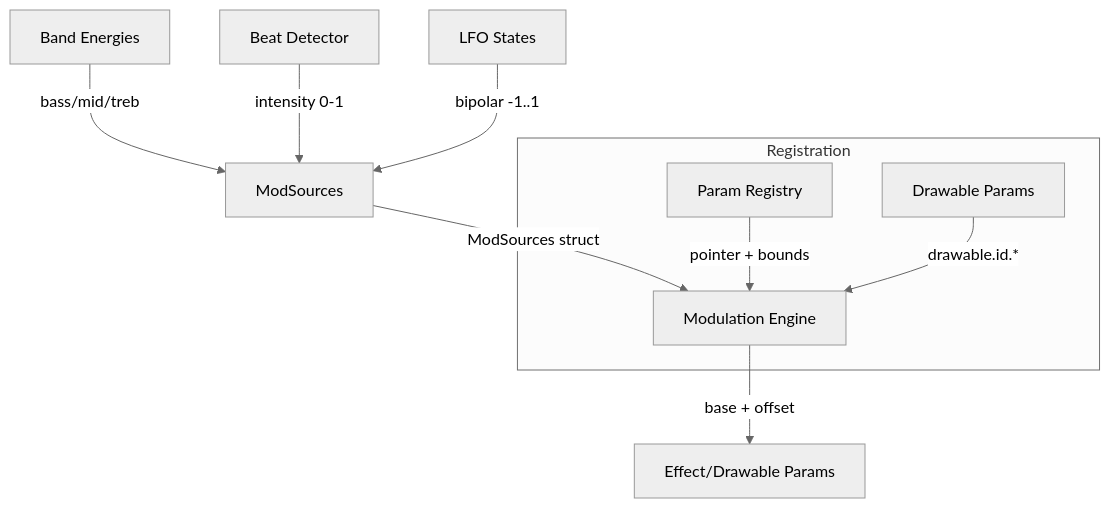
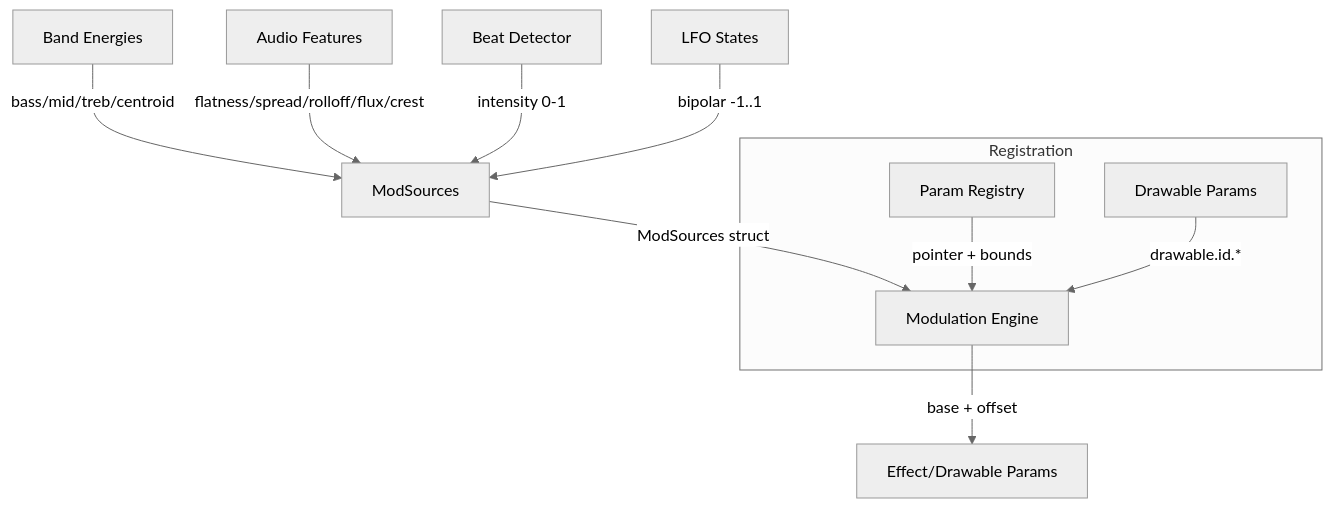
One commit to EvanLavender13/audio-jones changed the diagram in docs/modules/automation.md. Above: the diagram before and after it, drawn with Mermaid (neutral theme). The commit also changed other lines of this file and 7 other files, not shown here.

First line of the commit message:
Sync architecture documentation with codebase

````diff
--- a/docs/modules/automation.md
+++ b/docs/modules/automation.md
@@ -16,13 +16,14 @@
 ```mermaid
 graph TD
-    Bands[Band Energies] -->|bass/mid/treb| MS[ModSources]
+    Bands[Band Energies] -->|bass/mid/treb/centroid| MS[ModSources]
+    Features[Audio Features] -->|flatness/spread/rolloff/flux/crest| MS
     Beat[Beat Detector] -->|intensity 0-1| MS
     LFO[LFO States] -->|bipolar -1..1| MS
     MS -->|ModSources struct| Engine[Modulation Engine]
     Engine -->|base + offset| Params[Effect/Drawable Params]
 
     subgraph Registration
         Registry[Param Registry] -->|pointer + bounds| Engine
         DParams[Drawable Params] -->|drawable.id.*| Engine
     end
 ```
````
